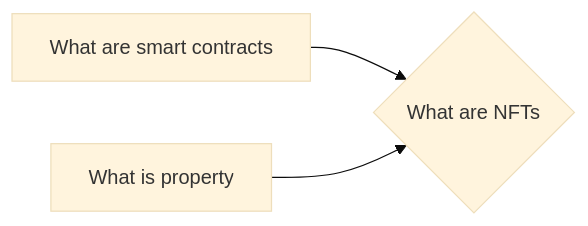
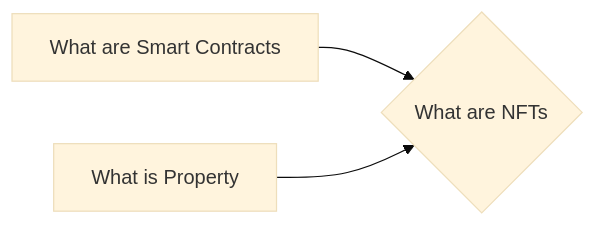
Before and after one commit to lpurdy01/crypto-knowledge-map: the diagram in notes/What_are_NFTs.md, drawn with Mermaid (base theme). The commit also changed 50 other files, not shown here.

````diff
--- a/notes/What_are_NFTs.md
+++ b/notes/What_are_NFTs.md
@@ -9,5 +9,5 @@
 ```mermaid
 graph LR
-1["What are smart contracts"]-->0{"What are NFTs"}
-2["What is property"]-->0{"What are NFTs"}
+1["What are Smart Contracts"]-->0{"What are NFTs"}
+2["What is Property"]-->0{"What are NFTs"}
 ```
````
